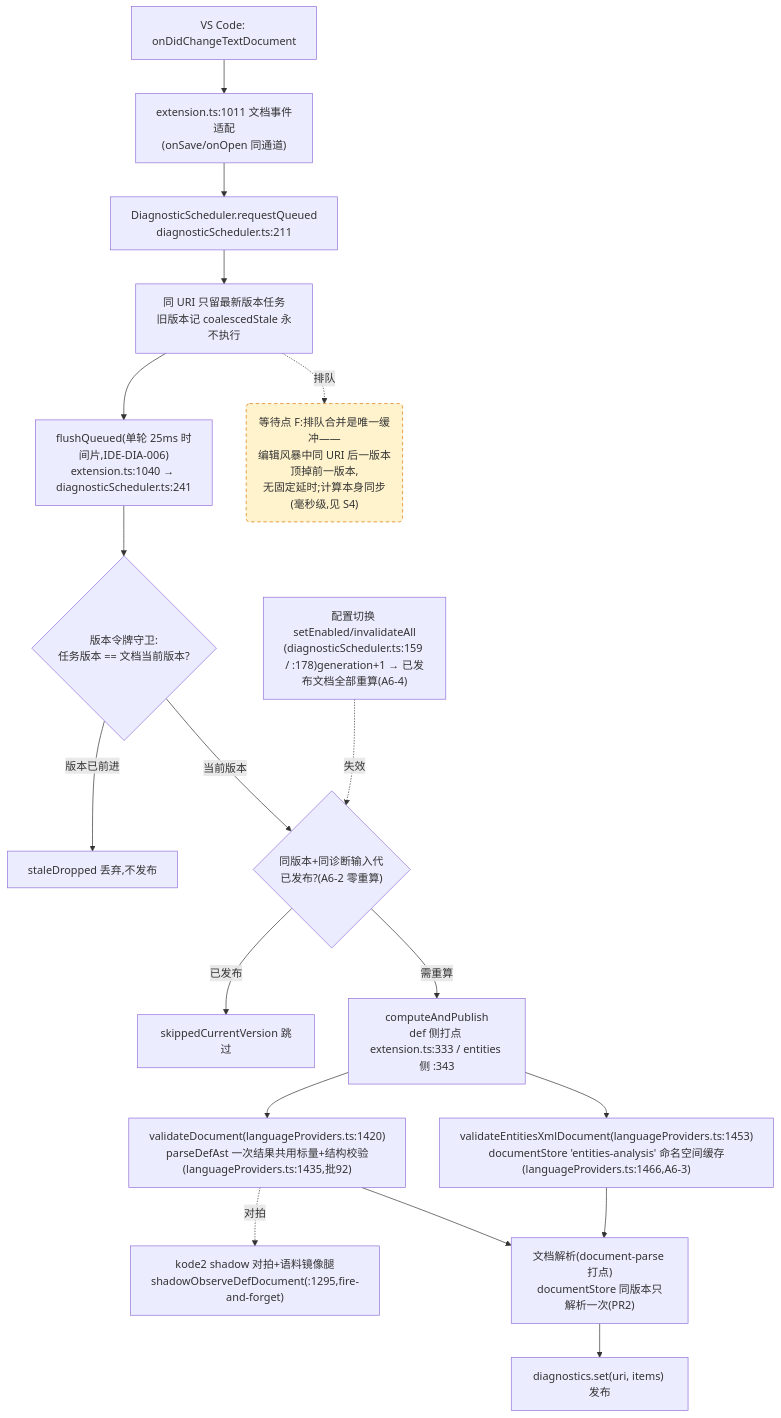
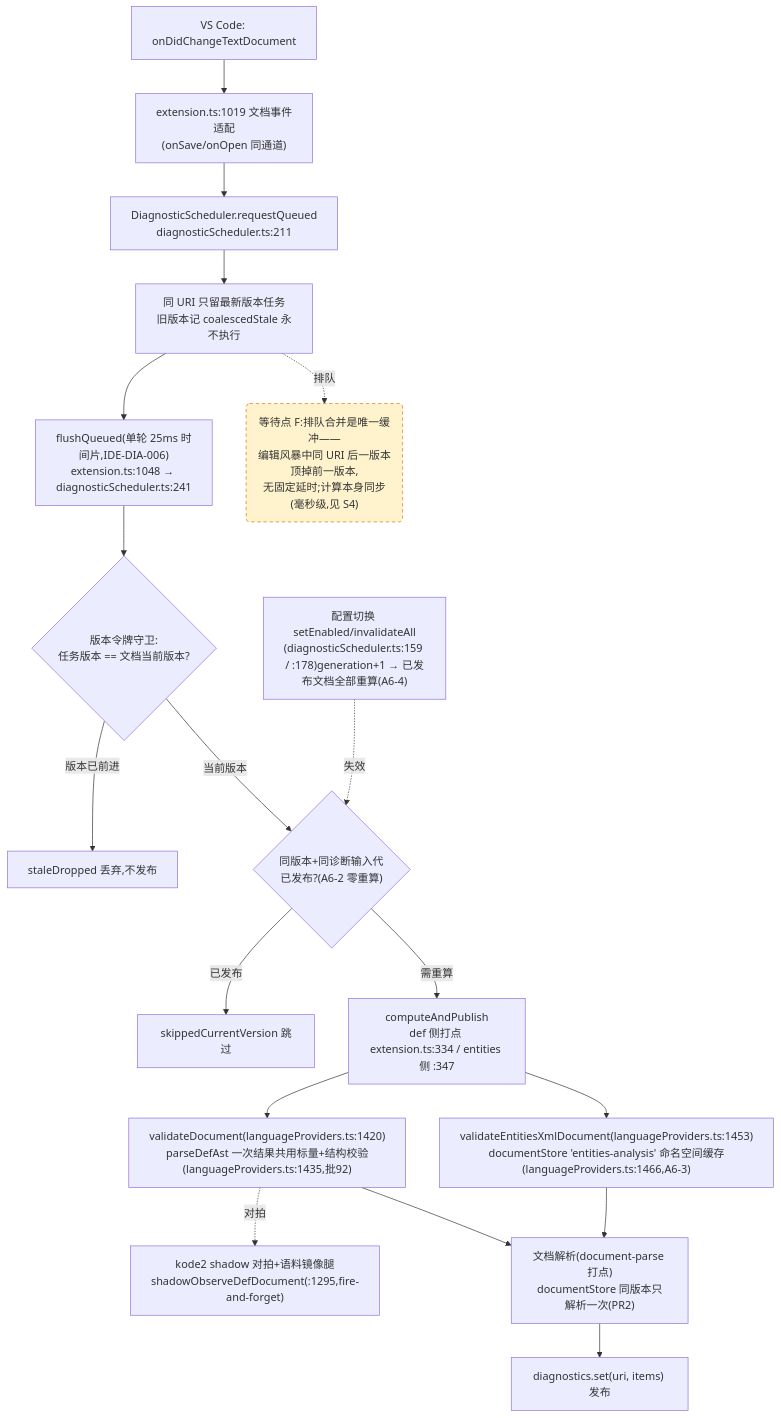
Before and after one commit to cuihairu/kode: the fourth of 4 diagrams in docs/perf/2026-baseline.md, drawn with Mermaid. The commit also changed other lines of this file and 9 other files, not shown here.

````diff
--- a/docs/perf/2026-baseline.md
+++ b/docs/perf/2026-baseline.md
@@ -214,38 +214,38 @@
 ```mermaid
 flowchart TD
   CHG["VS Code: onDidChangeTextDocument"]
-  WATCH["extension.ts:1011 文档事件适配<br/>(onSave/onOpen 同通道)"]
+  WATCH["extension.ts:1019 文档事件适配<br/>(onSave/onOpen 同通道)"]
   RQ["DiagnosticScheduler.requestQueued<br/>diagnosticScheduler.ts:211"]
   CO["同 URI 只留最新版本任务<br/>旧版本记 coalescedStale 永不执行"]
-  FL["flushQueued(单轮 25ms 时间片,IDE-DIA-006)<br/>extension.ts:1040 → diagnosticScheduler.ts:241"]
+  FL["flushQueued(单轮 25ms 时间片,IDE-DIA-006)<br/>extension.ts:1048 → diagnosticScheduler.ts:241"]
   VG{"版本令牌守卫:<br/>任务版本 == 文档当前版本?"}
   DROP["staleDropped 丢弃,不发布"]
   GEN{"同版本+同诊断输入代<br/>已发布?(A6-2 零重算)"}
   SKIP["skippedCurrentVersion 跳过"]
-  CALC["computeAndPublish<br/>def 侧打点 extension.ts:333 / entities 侧 :343"]
+  CALC["computeAndPublish<br/>def 侧打点 extension.ts:334 / entities 侧 :347"]
   VD["validateDocument(languageProviders.ts:1420)<br/>parseDefAst 一次结果共用标量+结构校验(languageProviders.ts:1435,批92)"]
   VEX["validateEntitiesXmlDocument(languageProviders.ts:1453)<br/>documentStore 'entities-analysis' 命名空间缓存(languageProviders.ts:1466,A6-3)"]
   SHDD["kode2 shadow 对拍+语料镜像腿<br/>shadowObserveDefDocument(:1295,fire-and-forget)"]
   DS["文档解析(document-parse 打点)<br/>documentStore 同版本只解析一次(PR2)"]
   PUB["diagnostics.set(uri, items) 发布"]
   CFG2["配置切换 setEnabled/invalidateAll<br/>(diagnosticScheduler.ts:159 / :178)generation+1 → 已发布文档全部重算(A6-4)"]
 
   CHG --> WATCH --> RQ --> CO --> FL --> VG
   VG -- "版本已前进" --> DROP
   VG -- "当前版本" --> GEN
   GEN -- "已发布" --> SKIP
   GEN -- "需重算" --> CALC
   CALC --> VD
   CALC --> VEX
   VD --> DS
   VEX --> DS
   DS --> PUB
   VD -.->|对拍| SHDD
   CFG2 -.->|失效| GEN
 
   WAITF("等待点 F:排队合并是唯一缓冲——<br/>编辑风暴中同 URI 后一版本顶掉前一版本,<br/>无固定延时;计算本身同步(毫秒级,见 S4)")
   CO -.->|排队| WAITF
 
   classDef waitPoint fill:#fff3cd,stroke:#d97706,stroke-dasharray:5 4;
   class WAITF waitPoint;
 ```
````
